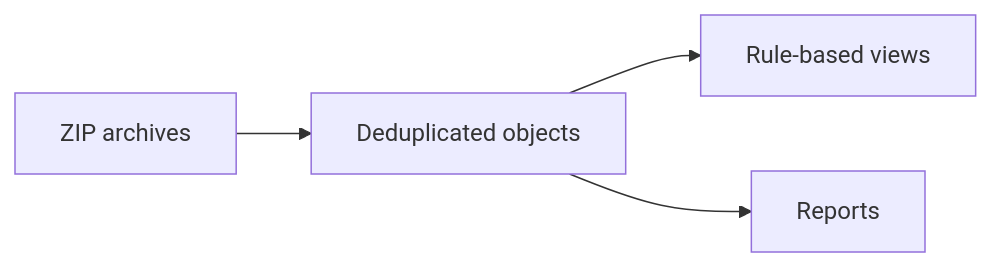
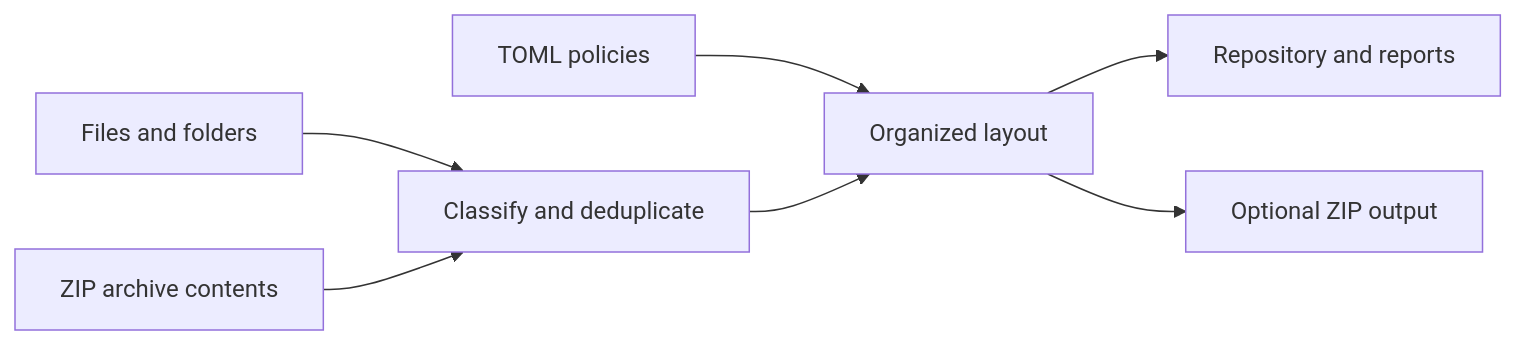
The diagram in README.md (YounesRabeh/better-file-sorting), drawn with Mermaid before and after one commit. The commit also changed other lines of this file, not shown here.

````diff
--- a/README.md
+++ b/README.md
@@ -33,6 +39,9 @@
 ```mermaid
 flowchart LR
-    ZIP[ZIP archives] --> Objects[Deduplicated objects]
-    Objects --> Views[Rule-based views]
-    Objects --> Reports[Reports]
+    Files[Files and folders] --> Pipeline[Classify and deduplicate]
+    ZIP[ZIP archive contents] --> Pipeline
+    Rules[TOML policies] --> Layout[Organized layout]
+    Pipeline --> Layout
+    Layout --> Repository[Repository and reports]
+    Layout --> Export[Optional ZIP output]
 ```
````
